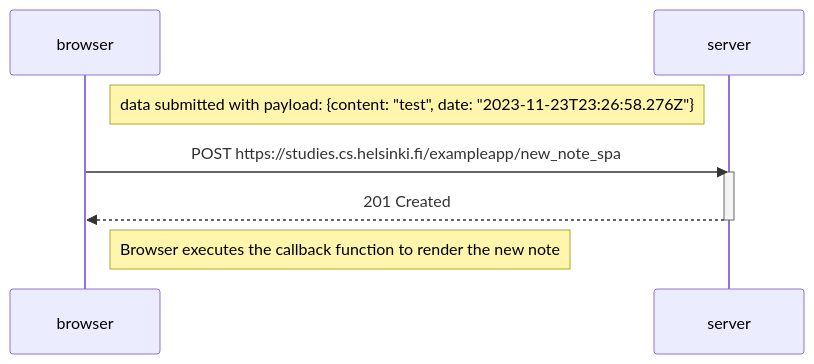
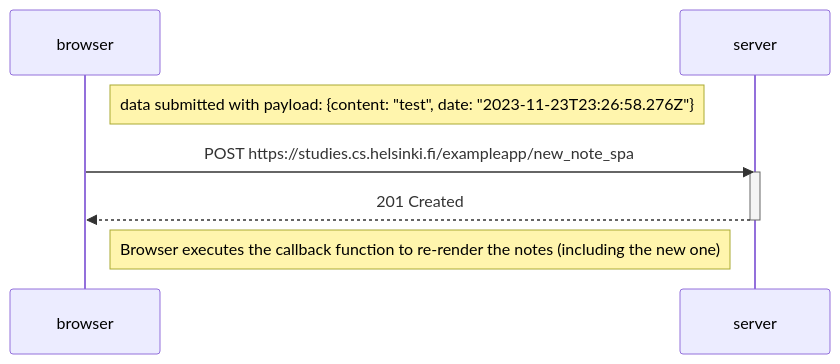
Before and after one commit to ismailvohra/fullstackopen: the diagram in part0/0.6_new_note_in_single_page_app_diagram.md, drawn with Mermaid.

````diff
--- a/part0/0.6_new_note_in_single_page_app_diagram.md
+++ b/part0/0.6_new_note_in_single_page_app_diagram.md
@@ -1,16 +1,16 @@
 ```mermaid
 sequenceDiagram
     participant browser
     participant server
 
     Note right of browser: data submitted with payload: {content: "test", date: "2023-11-23T23:26:58.276Z"}
 
 
     browser->>server: POST https://studies.cs.helsinki.fi/exampleapp/new_note_spa
     activate server
     server-->>browser: 201 Created
     deactivate server
 
-    Note right of browser: Browser executes the callback function to render the new note
+    Note right of browser: Browser executes the callback function to re-render the notes (including the new one)
 
 ```
````
